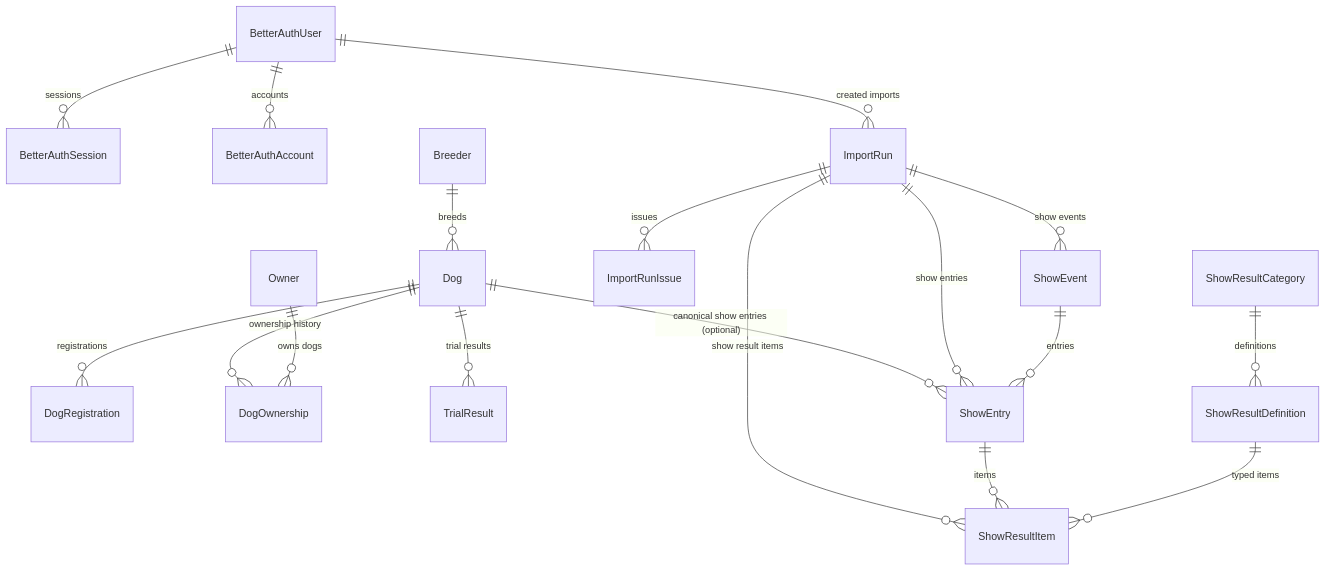
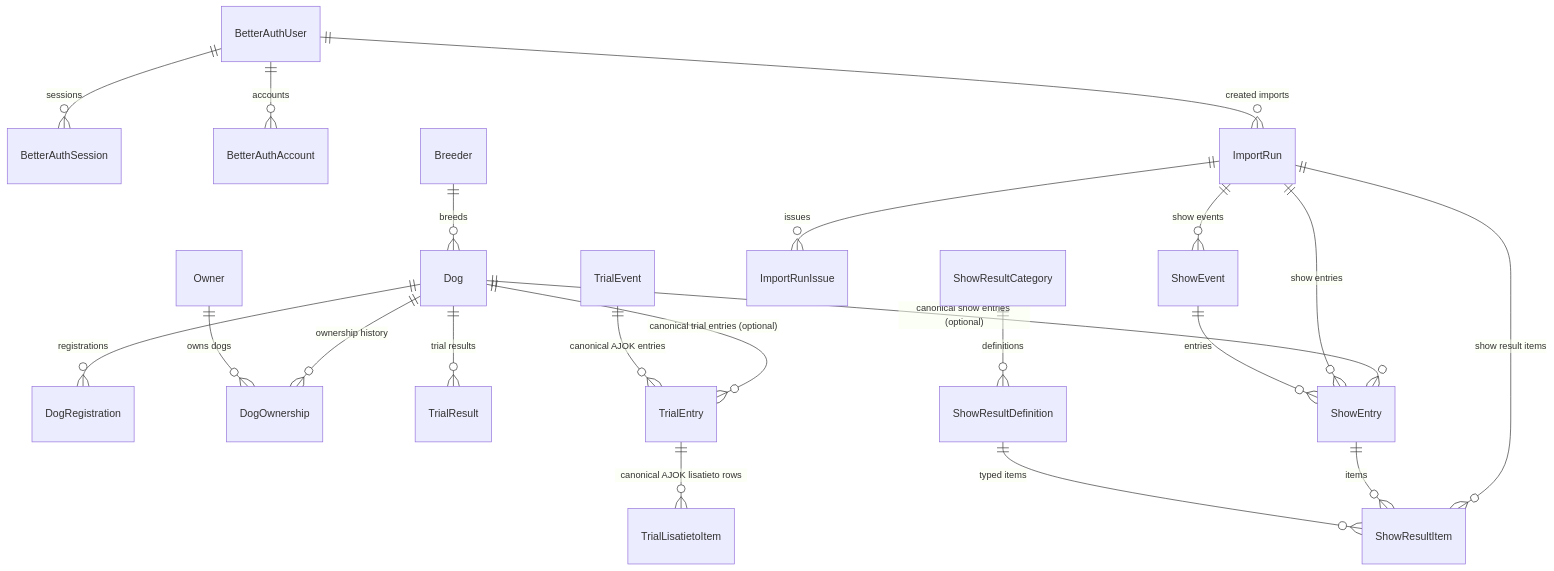
The diagram in docs/features/schema/schema.md (asku1990/BeagleAppV2), drawn with Mermaid before and after one commit. The commit also changed other lines of this file and 5 other files, not shown here.

First line of the commit message:
feat(db): add canonical AJOK trial tables

````diff
--- a/docs/features/schema/schema.md
+++ b/docs/features/schema/schema.md
@@ -23,23 +24,26 @@
 ```mermaid
 erDiagram
   BetterAuthUser ||--o{ BetterAuthSession : "sessions"
   BetterAuthUser ||--o{ BetterAuthAccount : "accounts"
   BetterAuthUser ||--o{ ImportRun : "created imports"
 
   Breeder ||--o{ Dog : "breeds"
   Dog ||--o{ DogRegistration : "registrations"
   Dog ||--o{ DogOwnership : "ownership history"
   Owner ||--o{ DogOwnership : "owns dogs"
   Dog ||--o{ TrialResult : "trial results"
+  Dog ||--o{ TrialEntry : "canonical trial entries (optional)"
+  TrialEvent ||--o{ TrialEntry : "canonical AJOK entries"
+  TrialEntry ||--o{ TrialLisatietoItem : "canonical AJOK lisatieto rows"
   Dog ||--o{ ShowEntry : "canonical show entries (optional)"
 
   ImportRun ||--o{ ImportRunIssue : "issues"
   ImportRun ||--o{ ShowEvent : "show events"
   ImportRun ||--o{ ShowEntry : "show entries"
   ImportRun ||--o{ ShowResultItem : "show result items"
 
   ShowEvent ||--o{ ShowEntry : "entries"
   ShowResultCategory ||--o{ ShowResultDefinition : "definitions"
   ShowEntry ||--o{ ShowResultItem : "items"
   ShowResultDefinition ||--o{ ShowResultItem : "typed items"
 ```
````
